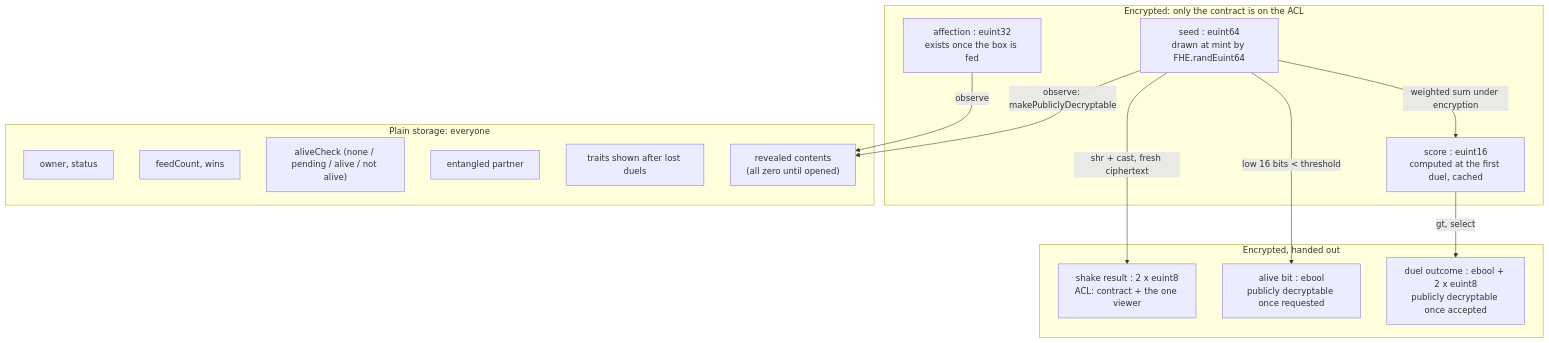
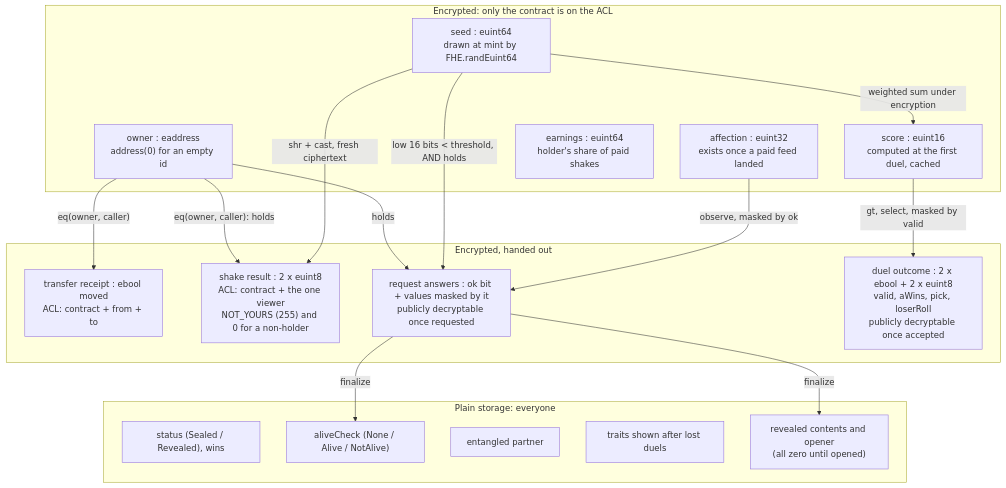
One commit to jecombe/do_not_open changed the first of 2 diagrams in docs/DATA_MODEL.md. Above: the diagram before and after it, drawn with Mermaid. The commit also changed other lines of this file and 25 other files, not shown here.

````diff
--- a/docs/DATA_MODEL.md
+++ b/docs/DATA_MODEL.md
@@ -5,27 +5,33 @@
 ```mermaid
 flowchart TB
   subgraph enc["Encrypted: only the contract is on the ACL"]
+    owner["owner : eaddress<br/>address(0) for an empty id"]
     seed["seed : euint64<br/>drawn at mint by FHE.randEuint64"]
-    aff["affection : euint32<br/>exists once the box is fed"]
+    aff["affection : euint32<br/>exists once a paid feed landed"]
     score["score : euint16<br/>computed at the first duel, cached"]
+    earn["earnings : euint64<br/>holder's share of paid shakes"]
   end
   subgraph fresh["Encrypted, handed out"]
-    shake["shake result : 2 x euint8<br/>ACL: contract + the one viewer"]
-    alive["alive bit : ebool<br/>publicly decryptable once requested"]
-    duel["duel outcome : ebool + 2 x euint8<br/>publicly decryptable once accepted"]
+    moved["transfer receipt : ebool moved<br/>ACL: contract + from + to"]
+    shake["shake result : 2 x euint8<br/>ACL: contract + the one viewer<br/>NOT_YOURS (255) and 0 for a non-holder"]
+    req["request answers : ok bit + values masked by it<br/>publicly decryptable once requested"]
+    duel["duel outcome : 2 x ebool + 2 x euint8<br/>valid, aWins, pick, loserRoll<br/>publicly decryptable once accepted"]
   end
   subgraph pub["Plain storage: everyone"]
-    owner["owner, status"]
-    counts["feedCount, wins"]
-    badge["aliveCheck (none / pending / alive / not alive)"]
+    status["status (Sealed / Revealed), wins"]
+    badge["aliveCheck (None / Alive / NotAlive)"]
     partner["entangled partner"]
     ptraits["traits shown after lost duels"]
-    rev["revealed contents<br/>(all zero until opened)"]
+    rev["revealed contents and opener<br/>(all zero until opened)"]
   end
+  owner -- "eq(owner, caller)" --> moved
+  owner -- "eq(owner, caller): holds" --> shake
   seed -- "shr + cast, fresh ciphertext" --> shake
-  seed -- "low 16 bits < threshold" --> alive
+  owner -- "holds" --> req
+  seed -- "low 16 bits < threshold, AND holds" --> req
   seed -- "weighted sum under encryption" --> score
-  score -- "gt, select" --> duel
-  seed -- "observe: makePubliclyDecryptable" --> rev
-  aff -- "observe" --> rev
+  score -- "gt, select, masked by valid" --> duel
+  req -- "finalize" --> badge
+  req -- "finalize" --> rev
+  aff -- "observe, masked by ok" --> req
 ```
````
